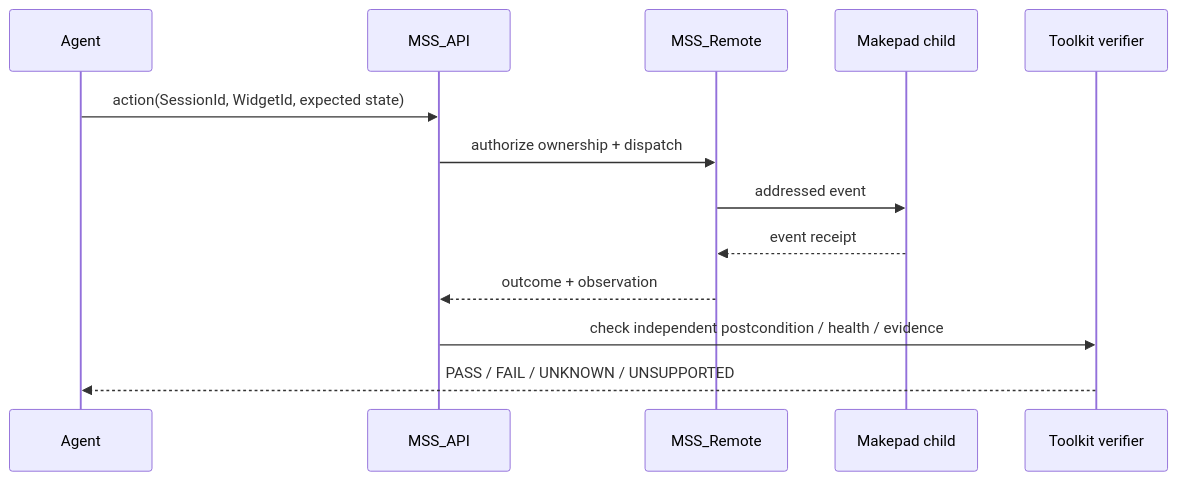
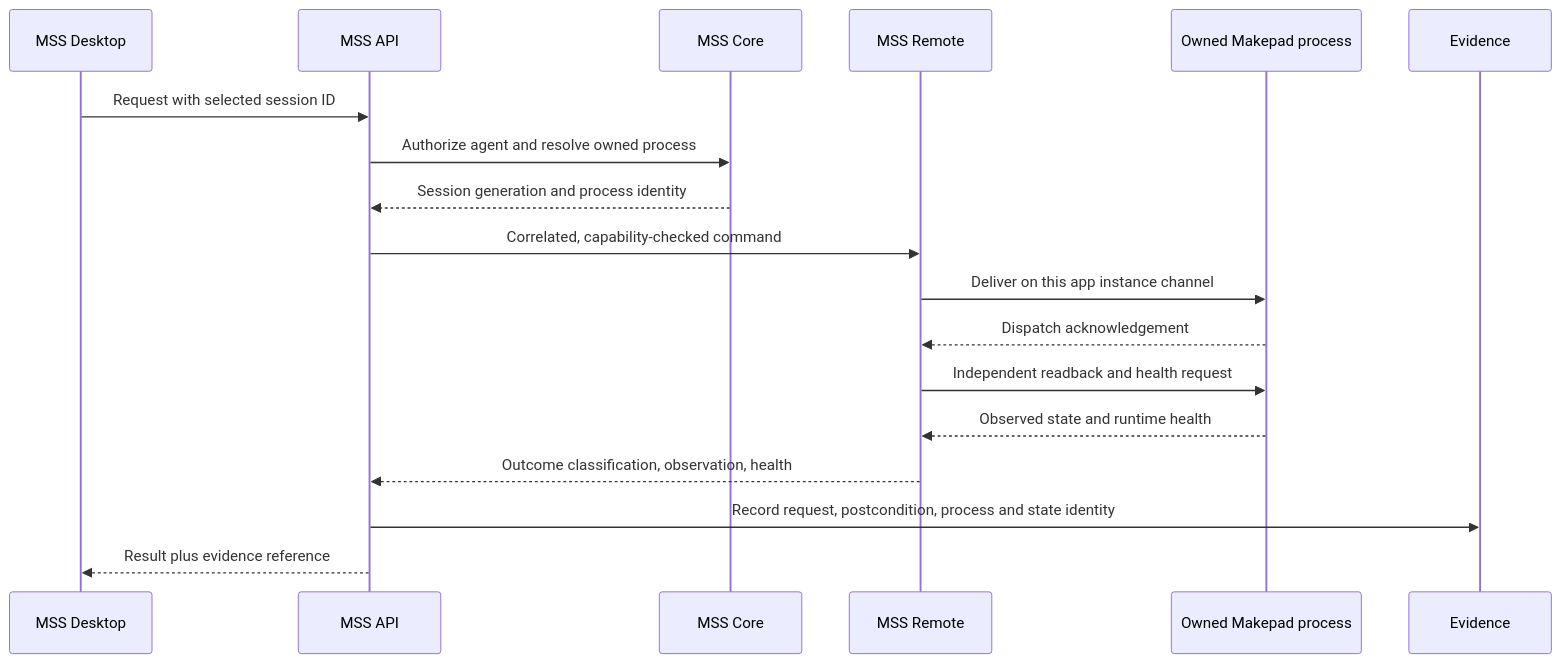
The second of 7 diagrams in doc/maps.md (paulgreenbox-beep/makepad-sandstudio), drawn with Mermaid before and after one commit. The commit also changed other lines of this file and 16 other files, not shown here.

Commit message:
Document MSS architecture and Toolkit parity

````diff
--- a/doc/maps.md
+++ b/doc/maps.md
@@ -40,15 +33,20 @@
-```mermaid
+~~~mermaid
 sequenceDiagram
-  participant Agent
-  participant API as MSS_API
-  participant R as MSS_Remote
-  participant App as Makepad child
-  participant Verify as Toolkit verifier
-  Agent->>API: action(SessionId, WidgetId, expected state)
-  API->>R: authorize ownership + dispatch
-  R->>App: addressed event
-  App-->>R: event receipt
-  R-->>API: outcome + observation
-  API->>Verify: check independent postcondition / health / evidence
-  Verify-->>Agent: PASS / FAIL / UNKNOWN / UNSUPPORTED
-```
+  participant D as MSS Desktop
+  participant A as MSS API
+  participant C as MSS Core
+  participant R as MSS Remote
+  participant P as Owned Makepad process
+  participant E as Evidence
+  D->>A: Request with selected session ID
+  A->>C: Authorize agent and resolve owned process
+  C-->>A: Session generation and process identity
+  A->>R: Correlated, capability-checked command
+  R->>P: Deliver on this app instance channel
+  P-->>R: Dispatch acknowledgement
+  R->>P: Independent readback and health request
+  P-->>R: Observed state and runtime health
+  R-->>A: Outcome classification, observation, health
+  A->>E: Record request, postcondition, process and state identity
+  A-->>D: Result plus evidence reference
+~~~
````
